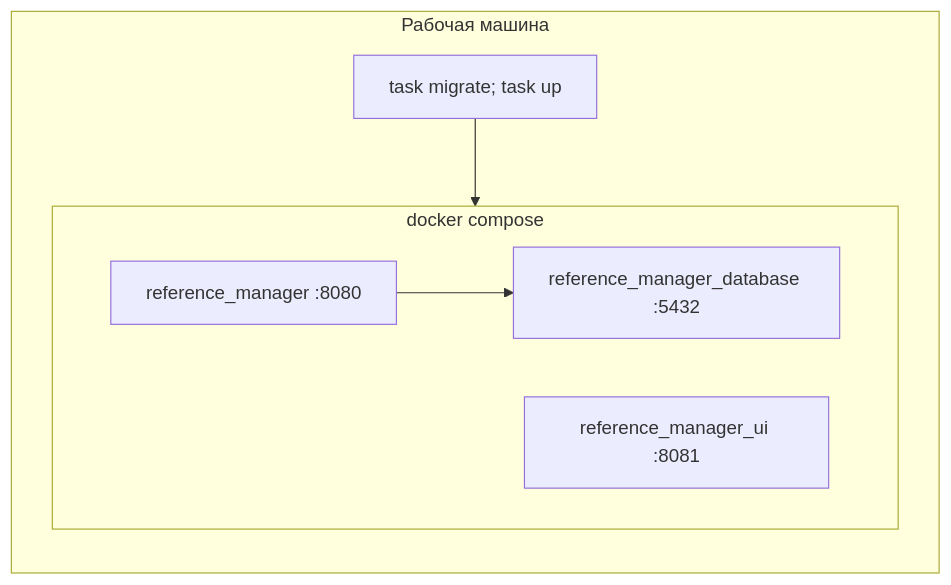
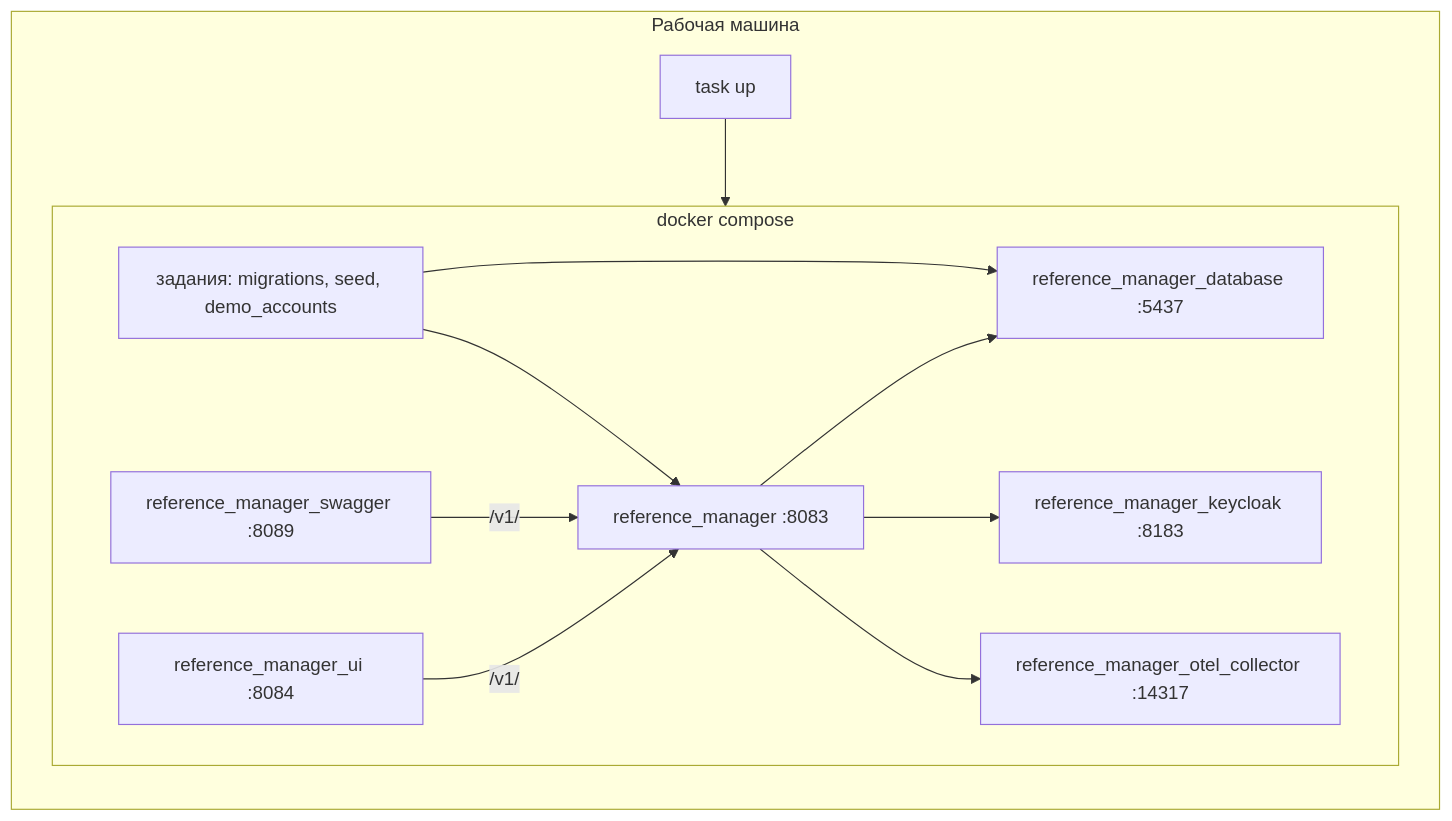
Before and after one commit to MEPhI-C22-501/arch-info-system-monorepo: the second of 2 diagrams in reference-manager/documents/165.deployment-diagram.md, drawn with Mermaid. The commit also changed other lines of this file and 128 other files, not shown here.

````diff
--- a/reference-manager/documents/165.deployment-diagram.md
+++ b/reference-manager/documents/165.deployment-diagram.md
@@ -135,13 +135,23 @@
 ```mermaid
 flowchart LR
     subgraph Host["Рабочая машина"]
-        T["task migrate; task up"]
+        T["task up"]
         subgraph Compose["docker compose"]
-            APP["reference_manager :8080"]
-            DBC["reference_manager_database :5432"]
-            UI["reference_manager_ui :8081"]
+            UI["reference_manager_ui :8084"]
+            APP["reference_manager :8083"]
+            DBC["reference_manager_database :5437"]
+            KC["reference_manager_keycloak :8183"]
+            OT["reference_manager_otel_collector :14317"]
+            JOBS["задания: migrations, seed, demo_accounts"]
+            SW["reference_manager_swagger :8089"]
         end
     end
     T --> Compose
+    UI -->|"/v1/"| APP
+    SW -->|"/v1/"| APP
     APP --> DBC
+    APP --> KC
+    APP --> OT
+    JOBS --> DBC
+    JOBS --> APP
 ```
````
